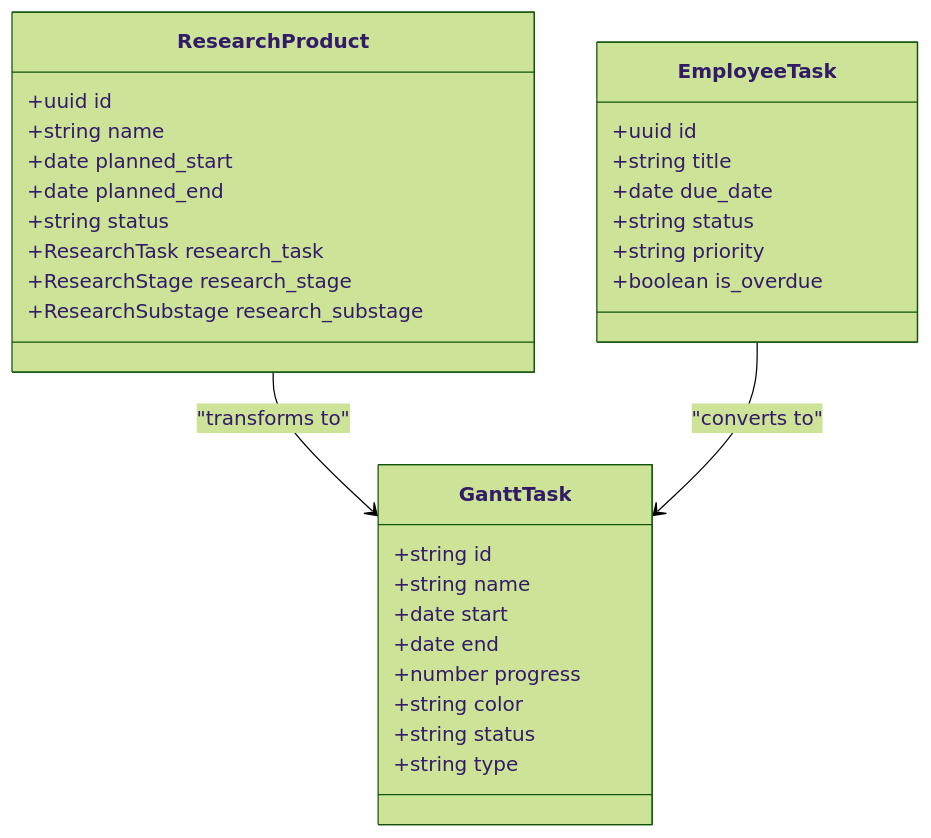
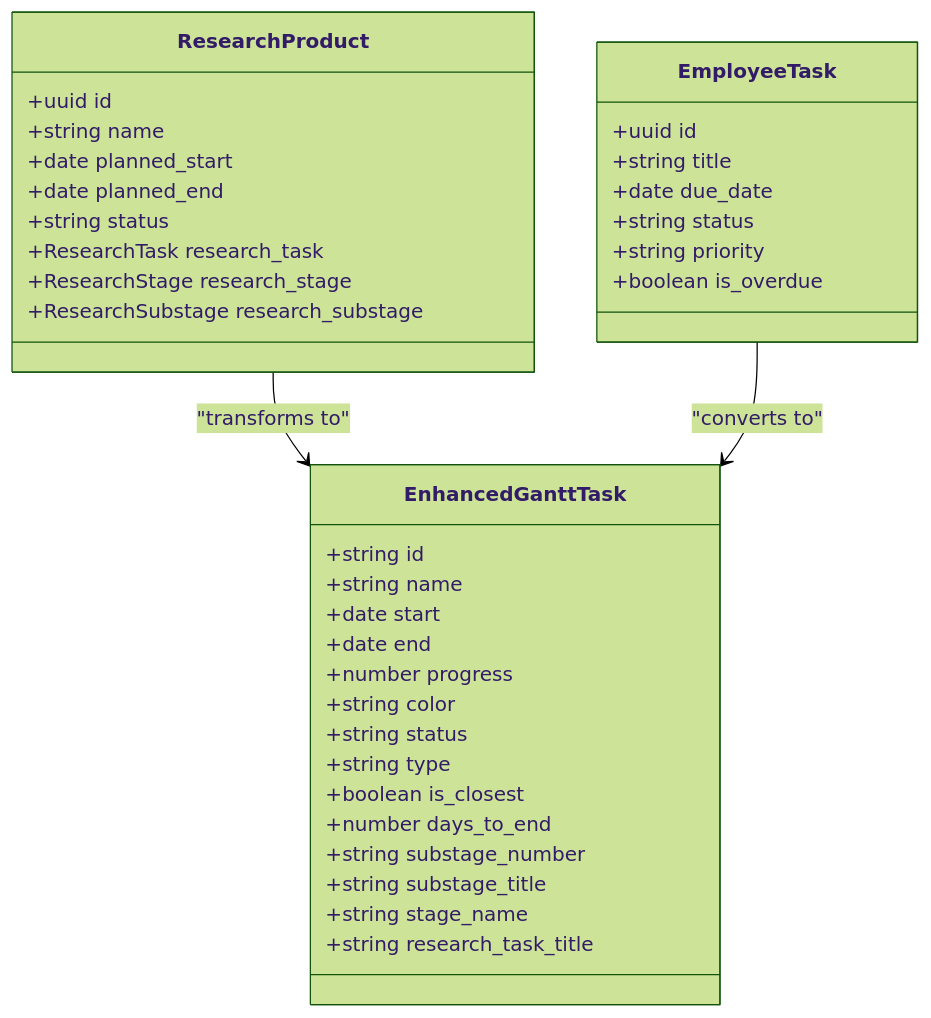
One commit to Pavel9474/task_manager changed the fourth of 7 diagrams in .qoder/repowiki/en/content/Employee and Organization Management/Employee Detail Page with Gantt Chart.md. Above: the diagram before and after it, drawn with Mermaid (forest theme). The commit also changed other lines of this file and 11 other files, not shown here.

Commit message:
bars are added gantt correct, popup windows works

````diff
--- a/.qoder/repowiki/en/content/Employee and Organization Management/Employee Detail Page with Gantt Chart.md
+++ b/.qoder/repowiki/en/content/Employee and Organization Management/Employee Detail Page with Gantt Chart.md
@@ -172,33 +186,39 @@
 ```mermaid
 classDiagram
-class GanttTask {
+class EnhancedGanttTask {
 +string id
 +string name
 +date start
 +date end
 +number progress
 +string color
 +string status
 +string type
++boolean is_closest
++number days_to_end
++string substage_number
++string substage_title
++string stage_name
++string research_task_title
 }
 class ResearchProduct {
 +uuid id
 +string name
 +date planned_start
 +date planned_end
 +string status
 +ResearchTask research_task
 +ResearchStage research_stage
 +ResearchSubstage research_substage
 }
 class EmployeeTask {
 +uuid id
 +string title
 +date due_date
 +string status
 +string priority
 +boolean is_overdue
 }
-ResearchProduct --> GanttTask : "transforms to"
-EmployeeTask --> GanttTask : "converts to"
+ResearchProduct --> EnhancedGanttTask : "transforms to"
+EmployeeTask --> EnhancedGanttTask : "converts to"
 ```
````
